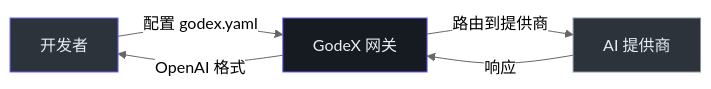
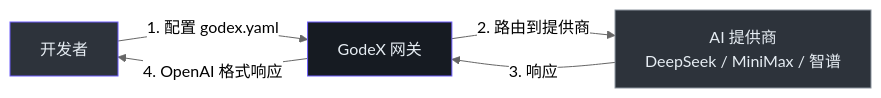
One commit to zamelee/GodeX changed the first of 2 diagrams in wiki/zh/onboarding/product-manager-guide.md. Above: the diagram before and after it, drawn with Mermaid (neutral theme). The commit also changed other lines of this file and 9 other files, not shown here.

````diff
--- a/wiki/zh/onboarding/product-manager-guide.md
+++ b/wiki/zh/onboarding/product-manager-guide.md
@@ -15,11 +18,11 @@
 ```mermaid
 graph LR
-    DEV["开发者"] -->|"配置 godex.yaml"| GODEX["GodeX 网关"]
-    GODEX -->|"路由到提供商"| PROVIDER["AI 提供商"]
-    PROVIDER -->|"响应"| GODEX
-    GODEX -->|"OpenAI 格式"| DEV
+  DEV["开发者"] -->|"1. 配置 godex.yaml"| GODEX["GodeX 网关"]
+  GODEX -->|"2. 路由到提供商"| PROVIDER["AI 提供商<br>DeepSeek / MiniMax / 智谱"]
+  PROVIDER -->|"3. 响应"| GODEX
+  GODEX -->|"4. OpenAI 格式响应"| DEV
 
-    style DEV fill:#2d333b,stroke:#6d5dfc,color:#e6edf3
-    style GODEX fill:#161b22,stroke:#6d5dfc,color:#e6edf3
-    style PROVIDER fill:#2d333b,stroke:#8b949e,color:#e6edf3
+  style DEV fill:#2d333b,stroke:#6d5dfc,color:#e6edf3
+  style GODEX fill:#161b22,stroke:#6d5dfc,color:#e6edf3
+  style PROVIDER fill:#2d333b,stroke:#8b949e,color:#e6edf3
 ```
````
